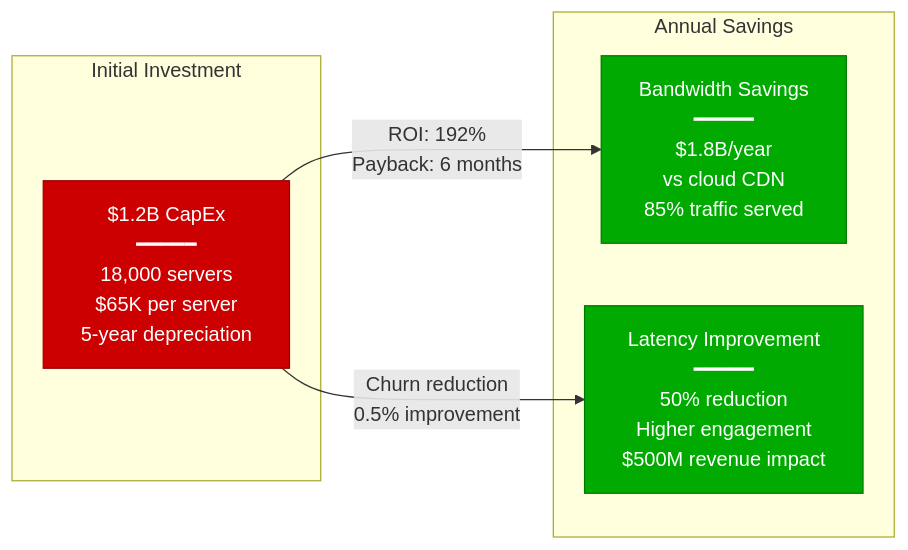
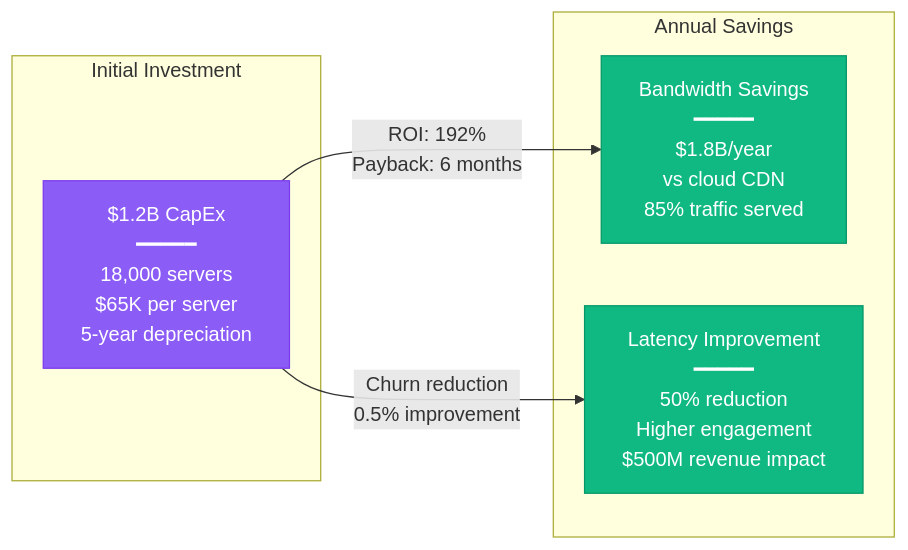
The second of 3 diagrams in site/docs/systems/netflix/cost-breakdown.md (deepaucksharma/DS), drawn with Mermaid before and after one commit. The commit also changed other lines of this file and 303 other files, not shown here.

````diff
--- a/site/docs/systems/netflix/cost-breakdown.md
+++ b/site/docs/systems/netflix/cost-breakdown.md
@@ -106,21 +106,21 @@
 ```mermaid
 graph LR
     subgraph Investment["Initial Investment"]
         CapEx["$1.2B CapEx<br/>━━━━━<br/>18,000 servers<br/>$65K per server<br/>5-year depreciation"]
     end
 
     subgraph Savings["Annual Savings"]
         BandwidthSave["Bandwidth Savings<br/>━━━━━<br/>$1.8B/year<br/>vs cloud CDN<br/>85% traffic served"]
 
         LatencySave["Latency Improvement<br/>━━━━━<br/>50% reduction<br/>Higher engagement<br/>$500M revenue impact"]
     end
 
     CapEx -->|"ROI: 192%<br/>Payback: 6 months"| BandwidthSave
     CapEx -->|"Churn reduction<br/>0.5% improvement"| LatencySave
 
-    classDef investStyle fill:#CC0000,stroke:#990000,color:#fff
-    classDef savingsStyle fill:#00AA00,stroke:#007700,color:#fff
+    classDef investStyle fill:#8B5CF6,stroke:#7C3AED,color:#fff
+    classDef savingsStyle fill:#10B981,stroke:#059669,color:#fff
 
     class CapEx investStyle
     class BandwidthSave,LatencySave savingsStyle
 ```
````
